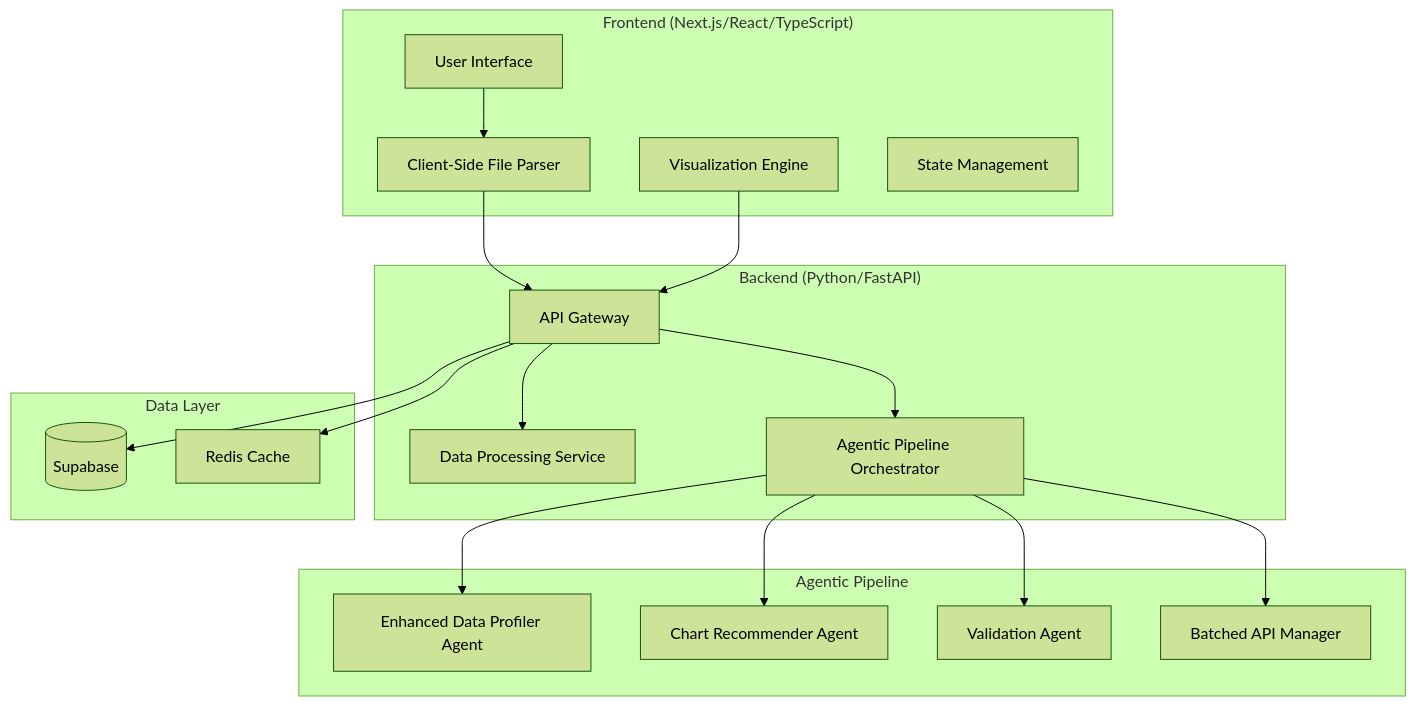
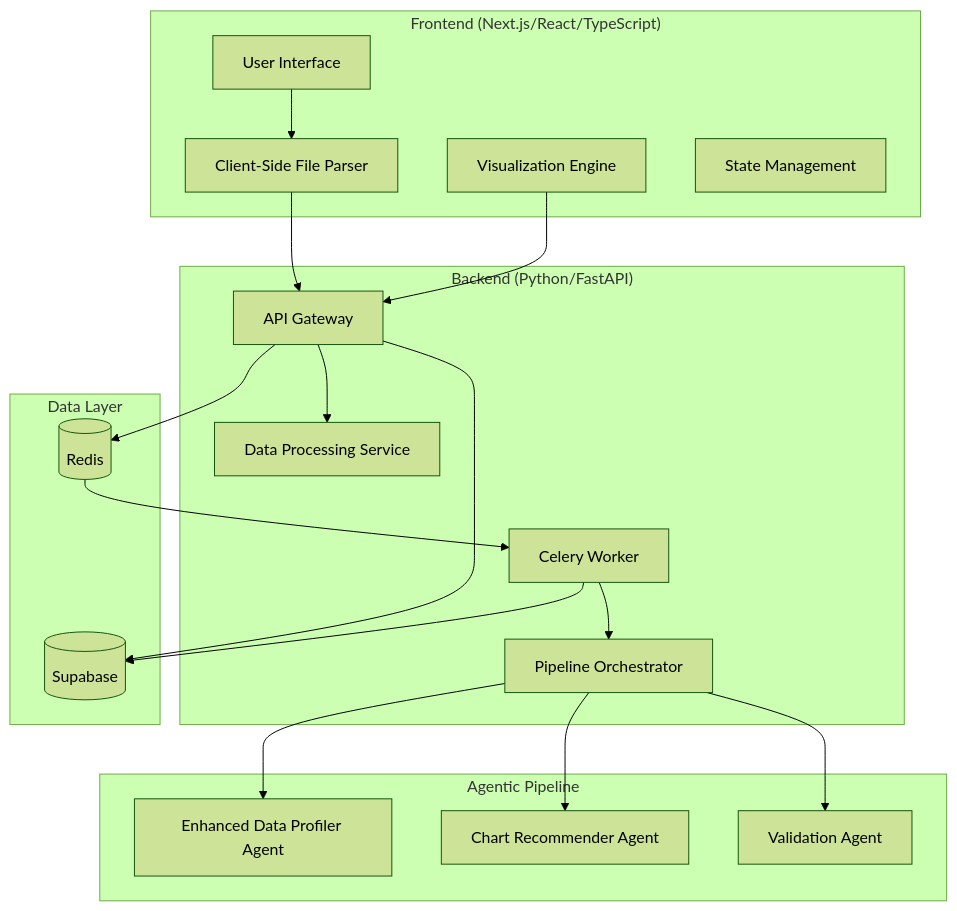
The diagram in docs/design.md (calebyhan/graphsense), drawn with Mermaid (forest theme) before and after one commit. The commit also changed other lines of this file and 13 other files, not shown here.

First line of the commit message:
docs: update all docs to reflect current architecture and rename vthacks25 to graphsense (#65)

````diff
--- a/docs/design.md
+++ b/docs/design.md
@@ -13,39 +13,40 @@
 ```mermaid
 graph TB
     subgraph "Frontend (Next.js/React/TypeScript)"
         UI[User Interface]
         PARSER[Client-Side File Parser]
         VIZ[Visualization Engine]
         STATE[State Management]
     end
 
     subgraph "Backend (Python/FastAPI)"
         API[API Gateway]
         PROCESSOR[Data Processing Service]
-        PIPELINE[Agentic Pipeline Orchestrator]
+        PIPELINE[Pipeline Orchestrator]
+        WORKER[Celery Worker]
     end
 
     subgraph "Agentic Pipeline"
         PROFILER[Enhanced Data Profiler Agent]
         RECOMMENDER[Chart Recommender Agent]
         VALIDATOR[Validation Agent]
-        BATCH[Batched API Manager]
     end
 
     subgraph "Data Layer"
         SUPABASE[(Supabase)]
-        CACHE[Redis Cache]
+        REDIS[(Redis)]
     end
 
     UI --> PARSER
     PARSER --> API
     VIZ --> API
     API --> PROCESSOR
-    API --> PIPELINE
+    API --> REDIS
+    REDIS --> WORKER
+    WORKER --> PIPELINE
     PIPELINE --> PROFILER
     PIPELINE --> RECOMMENDER
     PIPELINE --> VALIDATOR
-    PIPELINE --> BATCH
     API --> SUPABASE
-    API --> CACHE
+    WORKER --> SUPABASE
 ```
````
